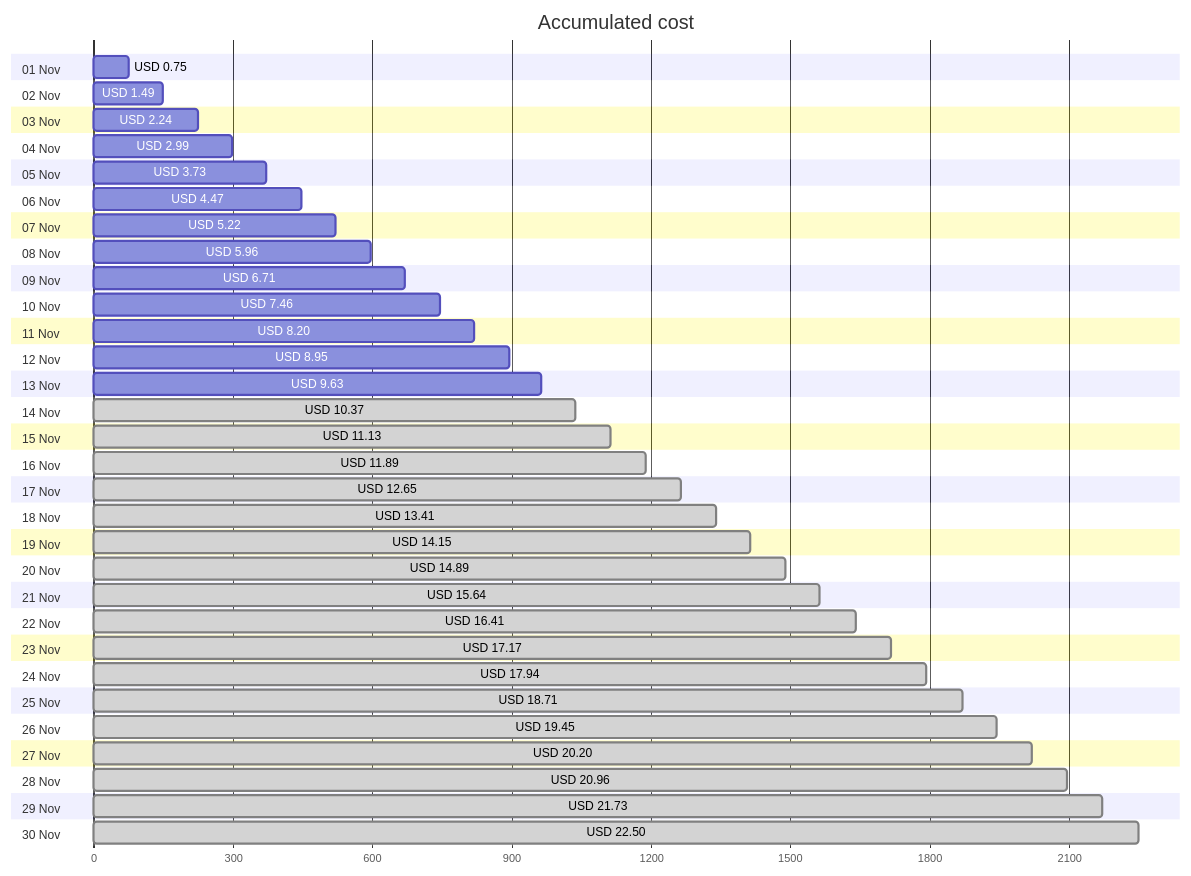
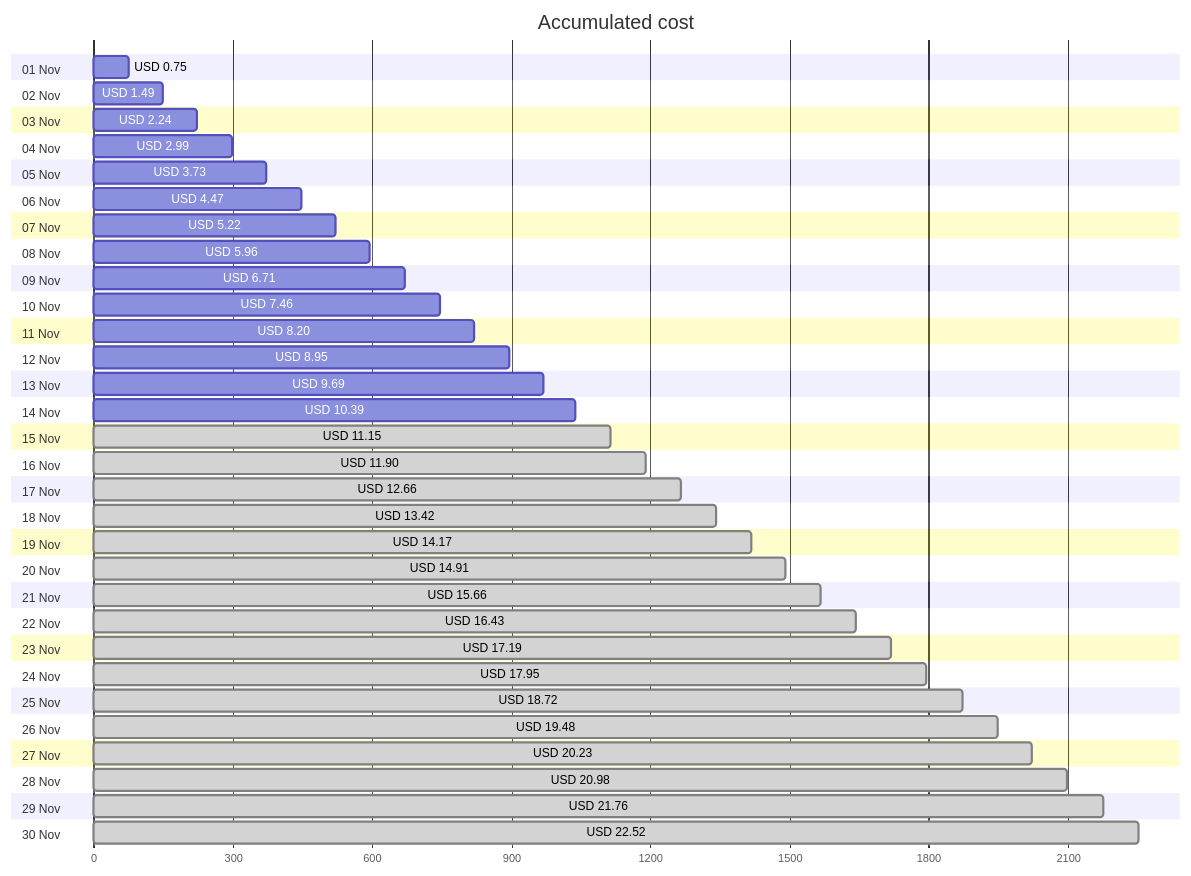
Before and after one commit to jpfulton/azure-personal-reports: the first of 4 diagrams in cost-reports/personal-network/backup-server-data-disk.md, drawn with Mermaid. The commit also changed other lines of this file and 8 other files, not shown here.

````diff
--- a/cost-reports/personal-network/backup-server-data-disk.md
+++ b/cost-reports/personal-network/backup-server-data-disk.md
@@ -20,66 +20,66 @@
 ```mermaid
 gantt
    title Accumulated cost
    dateFormat  X
    axisFormat %s
    section 01 Nov
    USD 0.75 :0, 75
    section 02 Nov
    USD 1.49 :0, 149
    section 03 Nov
    USD 2.24 :0, 224
    section 04 Nov
    USD 2.99 :0, 299
    section 05 Nov
    USD 3.73 :0, 373
    section 06 Nov
    USD 4.47 :0, 447
    section 07 Nov
    USD 5.22 :0, 522
    section 08 Nov
    USD 5.96 :0, 596
    section 09 Nov
    USD 6.71 :0, 671
    section 10 Nov
    USD 7.46 :0, 746
    section 11 Nov
    USD 8.20 :0, 820
    section 12 Nov
    USD 8.95 :0, 895
    section 13 Nov
-   USD 9.63 :0, 963
+   USD 9.69 :0, 969
    section 14 Nov
-   USD 10.37 : done, 0, 1037
+   USD 10.39 :0, 1039
    section 15 Nov
-   USD 11.13 : done, 0, 1113
+   USD 11.15 : done, 0, 1115
    section 16 Nov
-   USD 11.89 : done, 0, 1189
+   USD 11.90 : done, 0, 1190
    section 17 Nov
-   USD 12.65 : done, 0, 1265
+   USD 12.66 : done, 0, 1266
    section 18 Nov
-   USD 13.41 : done, 0, 1341
+   USD 13.42 : done, 0, 1342
    section 19 Nov
-   USD 14.15 : done, 0, 1415
+   USD 14.17 : done, 0, 1417
    section 20 Nov
-   USD 14.89 : done, 0, 1489
+   USD 14.91 : done, 0, 1491
    section 21 Nov
-   USD 15.64 : done, 0, 1564
+   USD 15.66 : done, 0, 1566
    section 22 Nov
-   USD 16.41 : done, 0, 1641
+   USD 16.43 : done, 0, 1643
    section 23 Nov
-   USD 17.17 : done, 0, 1717
+   USD 17.19 : done, 0, 1719
    section 24 Nov
-   USD 17.94 : done, 0, 1794
+   USD 17.95 : done, 0, 1795
    section 25 Nov
-   USD 18.71 : done, 0, 1871
+   USD 18.72 : done, 0, 1872
    section 26 Nov
-   USD 19.45 : done, 0, 1945
+   USD 19.48 : done, 0, 1948
    section 27 Nov
-   USD 20.20 : done, 0, 2020
+   USD 20.23 : done, 0, 2023
    section 28 Nov
-   USD 20.96 : done, 0, 2096
+   USD 20.98 : done, 0, 2098
    section 29 Nov
-   USD 21.73 : done, 0, 2173
+   USD 21.76 : done, 0, 2176
    section 30 Nov
-   USD 22.50 : done, 0, 2250
+   USD 22.52 : done, 0, 2252
 ```
````
